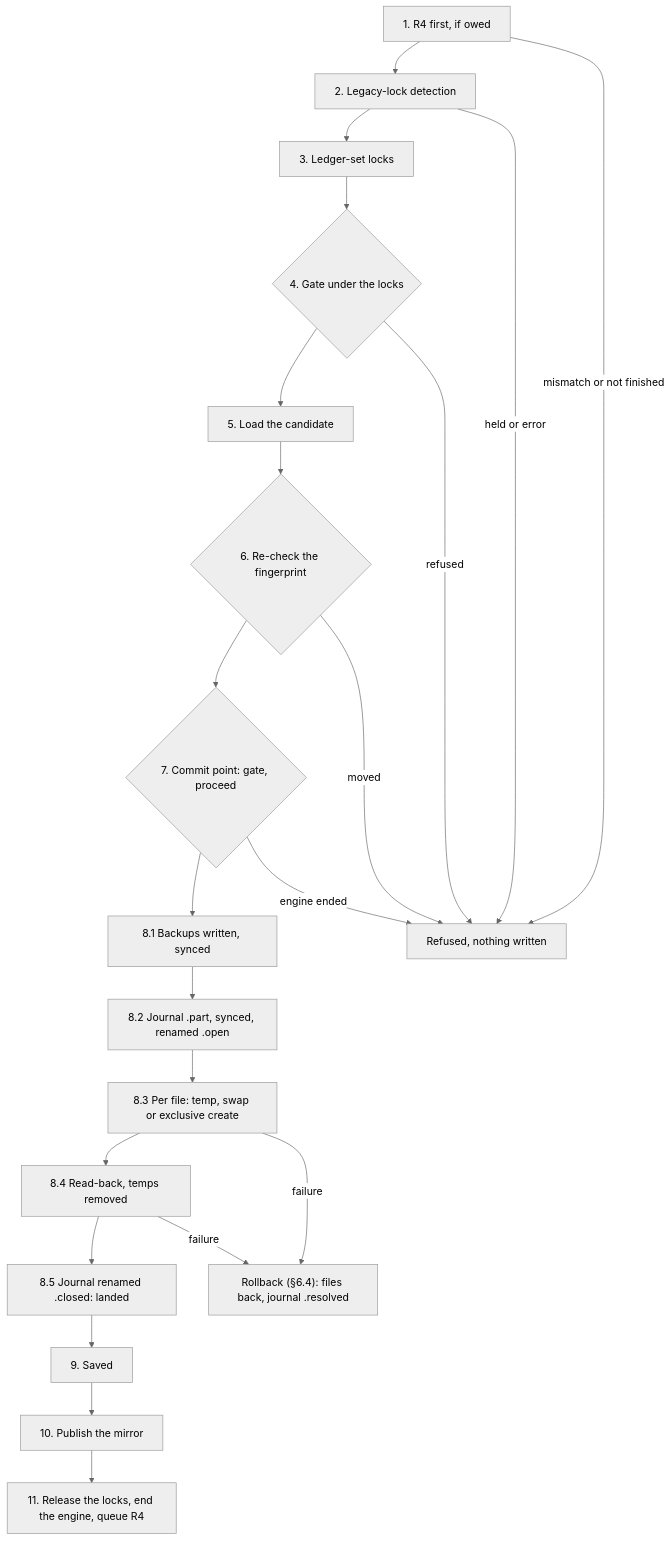
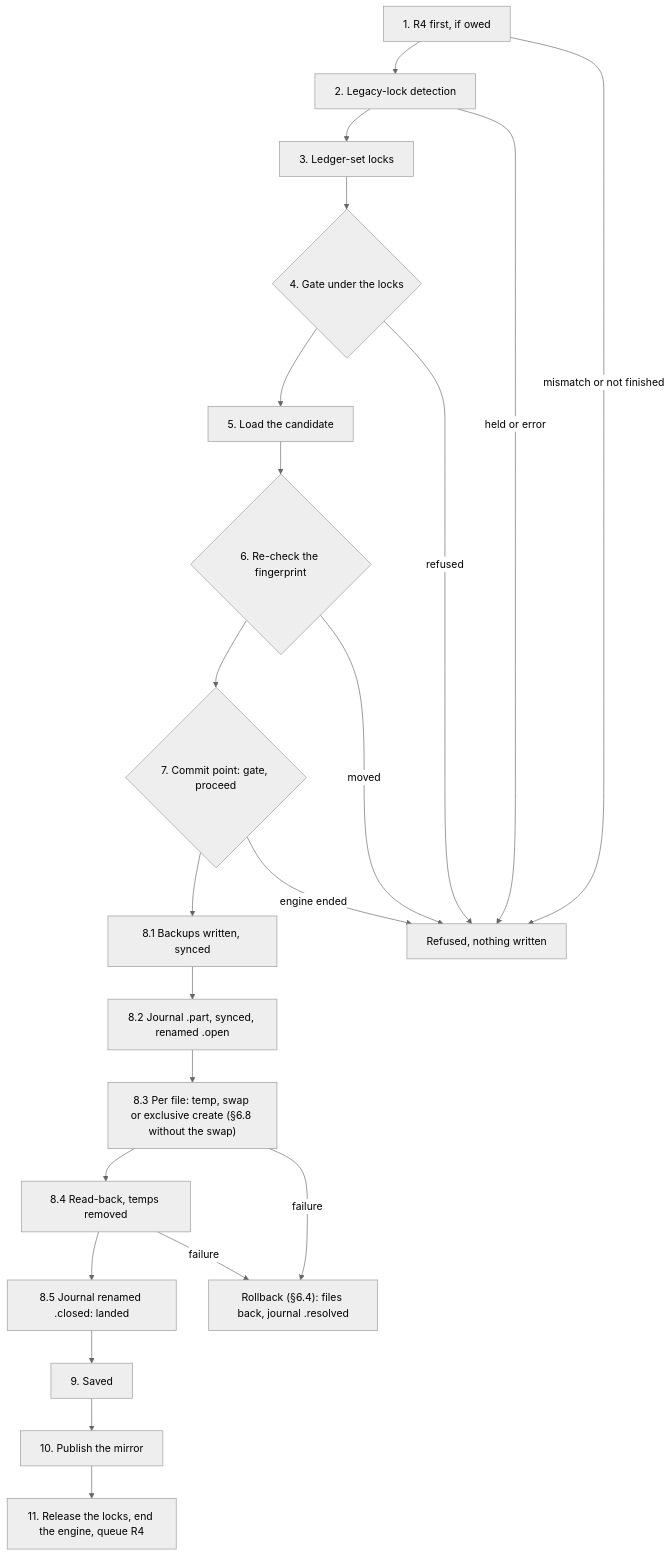
The first of 2 diagrams in design/specs/engine-jobs.md (sagarbehere/finzytrack), drawn with Mermaid (neutral theme) before and after one commit. The commit also changed other lines of this file and 30 other files, not shown here.

First line of the commit message:
S0065-no-swap-fallback: saves, rollbacks and recovery on a drive without the swap (BL-0160)

````diff
--- a/design/specs/engine-jobs.md
+++ b/design/specs/engine-jobs.md
@@ -159,24 +159,24 @@
 ```mermaid
 flowchart TB
   r4["1. R4 first, if owed"] --> legacy["2. Legacy-lock detection"]
   legacy --> locks["3. Ledger-set locks"]
   locks --> gate{"4. Gate under the locks"}
   gate --> load["5. Load the candidate"]
   load --> recheck{"6. Re-check the fingerprint"}
   recheck --> commit{"7. Commit point: gate, proceed"}
   commit --> backups["8.1 Backups written, synced"]
   backups --> journal["8.2 Journal .part, synced, renamed .open"]
-  journal --> swaps["8.3 Per file: temp, swap or exclusive create"]
+  journal --> swaps["8.3 Per file: temp, swap or exclusive create (§6.8 without the swap)"]
   swaps --> readback["8.4 Read-back, temps removed"]
   readback --> closed["8.5 Journal renamed .closed: landed"]
   closed --> saved["9. Saved"]
   saved --> publish["10. Publish the mirror"]
   publish --> release["11. Release the locks, end the engine, queue R4"]
   r4 -- "mismatch or not finished" --> refused["Refused, nothing written"]
   legacy -- "held or error" --> refused
   gate -- "refused" --> refused
   recheck -- "moved" --> refused
   commit -- "engine ended" --> refused
   swaps -- "failure" --> rollback["Rollback (§6.4): files back, journal .resolved"]
   readback -- "failure" --> rollback
 ```
````
